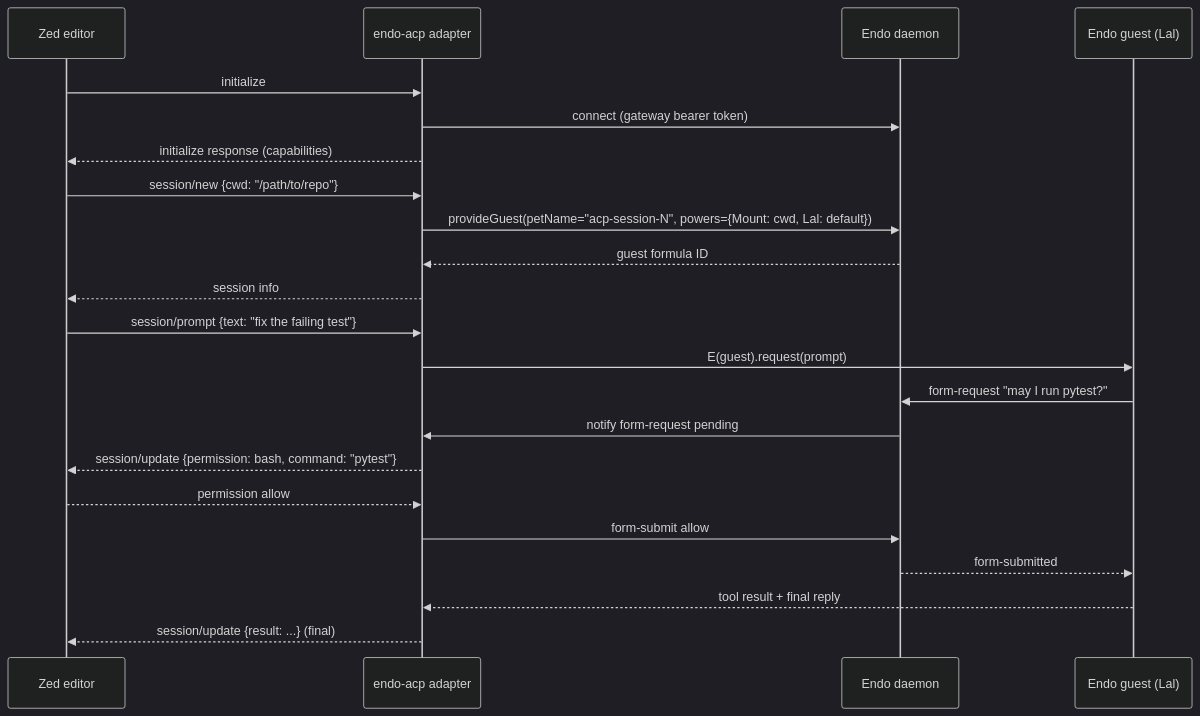
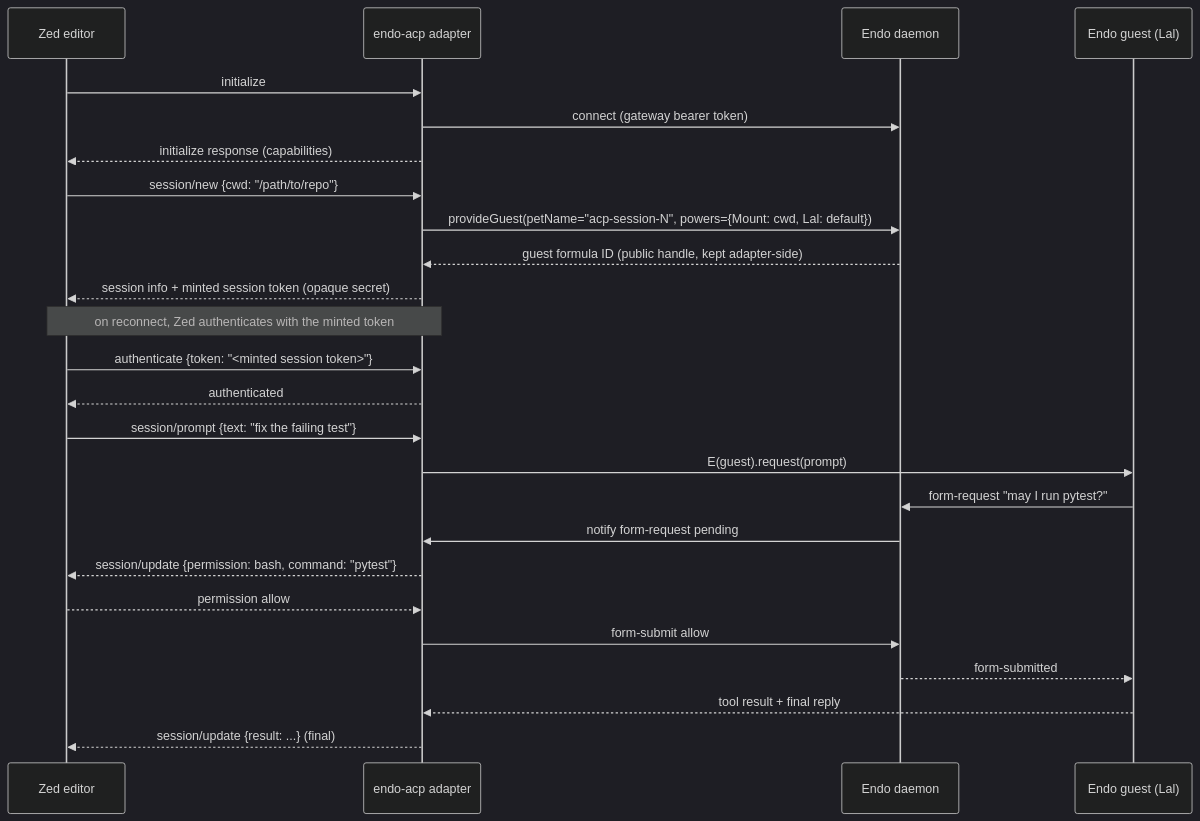
Before and after one commit to endojs/endo-but-for-bots: the diagram in designs/endopen-acp-server.md, drawn with Mermaid (dark theme). The commit also changed other lines of this file and 4 other files, not shown here.

````diff
--- a/designs/endopen-acp-server.md
+++ b/designs/endopen-acp-server.md
@@ -81,27 +81,31 @@
 ```mermaid
 sequenceDiagram
     participant Zed as Zed editor
     participant Adapter as endo-acp adapter
     participant Daemon as Endo daemon
     participant Guest as Endo guest (Lal)
 
     Zed->>Adapter: initialize
     Adapter->>Daemon: connect (gateway bearer token)
     Adapter-->>Zed: initialize response (capabilities)
 
     Zed->>Adapter: session/new {cwd: "/path/to/repo"}
     Adapter->>Daemon: provideGuest(petName="acp-session-N", powers={Mount: cwd, Lal: default})
-    Daemon-->>Adapter: guest formula ID
-    Adapter-->>Zed: session info
+    Daemon-->>Adapter: guest formula ID (public handle, kept adapter-side)
+    Adapter-->>Zed: session info + minted session token (opaque secret)
+
+    Note over Zed,Adapter: on reconnect, Zed authenticates with the minted token
+    Zed->>Adapter: authenticate {token: "<minted session token>"}
+    Adapter-->>Zed: authenticated
 
     Zed->>Adapter: session/prompt {text: "fix the failing test"}
     Adapter->>Guest: E(guest).request(prompt)
     Guest->>Daemon: form-request "may I run pytest?"
     Daemon->>Adapter: notify form-request pending
     Adapter-->>Zed: session/update {permission: bash, command: "pytest"}
     Zed-->>Adapter: permission allow
     Adapter->>Daemon: form-submit allow
     Daemon-->>Guest: form-submitted
     Guest-->>Adapter: tool result + final reply
     Adapter-->>Zed: session/update {result: ...} (final)
 ```
````
